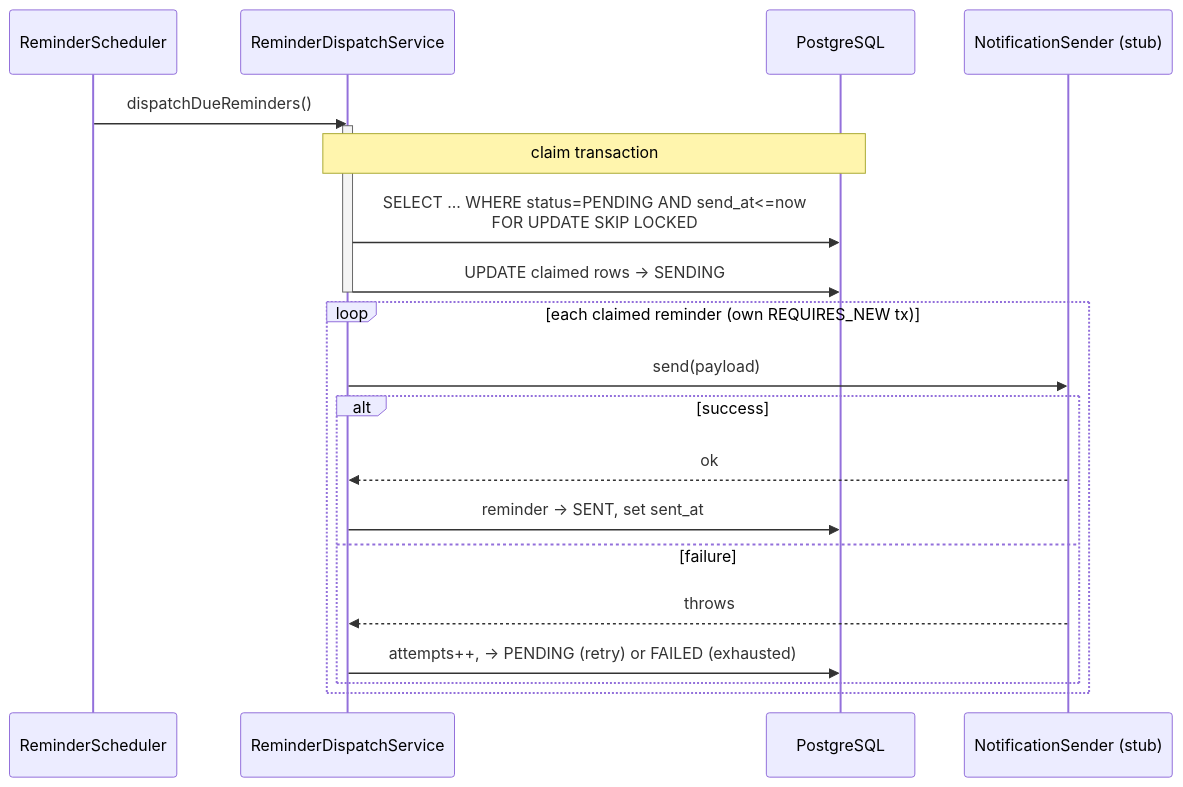
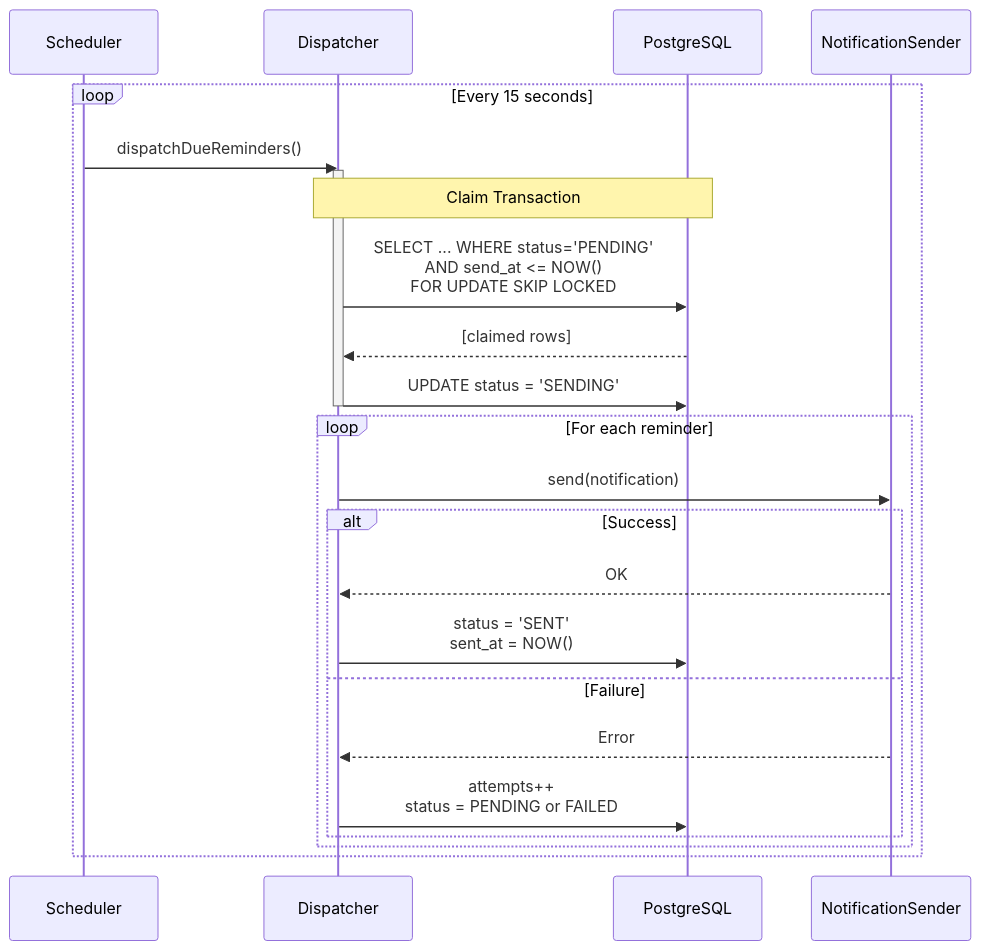
One commit to kharshit801/appointment-reminder-service changed the third of 4 diagrams in docs/design.md. Above: the diagram before and after it, drawn with Mermaid. The commit also changed other lines of this file and 1 other file, not shown here.

Commit message:
improve documentation with clearer structure and mermaid diagrams

````diff
--- a/docs/design.md
+++ b/docs/design.md
@@ -61,24 +70,30 @@
 ```mermaid
 sequenceDiagram
-    participant SCH as ReminderScheduler
-    participant D as ReminderDispatchService
+    participant SCH as Scheduler
+    participant D as Dispatcher
     participant DB as PostgreSQL
-    participant N as NotificationSender (stub)
+    participant N as NotificationSender
 
-    SCH->>D: dispatchDueReminders()
-    activate D
-    Note over D,DB: claim transaction
-    D->>DB: SELECT ... WHERE status=PENDING AND send_at<=now<br/>FOR UPDATE SKIP LOCKED
-    D->>DB: UPDATE claimed rows -> SENDING
-    deactivate D
-    loop each claimed reminder (own REQUIRES_NEW tx)
-        D->>N: send(payload)
-        alt success
-            N-->>D: ok
-            D->>DB: reminder -> SENT, set sent_at
-        else failure
-            N-->>D: throws
-            D->>DB: attempts++, -> PENDING (retry) or FAILED (exhausted)
+    loop Every 15 seconds
+        SCH->>D: dispatchDueReminders()
+        activate D
+        
+        Note over D,DB: Claim Transaction
+        D->>DB: SELECT ... WHERE status='PENDING'<br/>AND send_at <= NOW()<br/>FOR UPDATE SKIP LOCKED
+        DB-->>D: [claimed rows]
+        D->>DB: UPDATE status = 'SENDING'
+        
+        deactivate D
+        
+        loop For each reminder
+            D->>N: send(notification)
+            alt Success
+                N-->>D: OK
+                D->>DB: status = 'SENT'<br/>sent_at = NOW()
+            else Failure
+                N-->>D: Error
+                D->>DB: attempts++<br/>status = PENDING or FAILED
+            end
         end
     end
 ```
````
